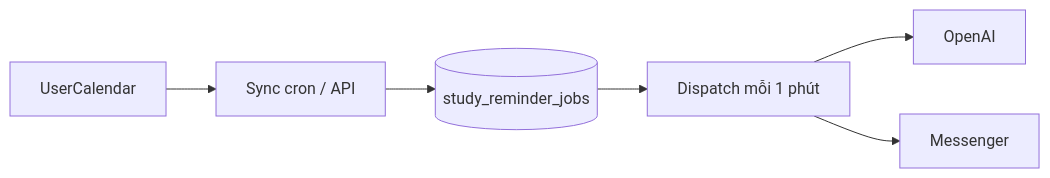
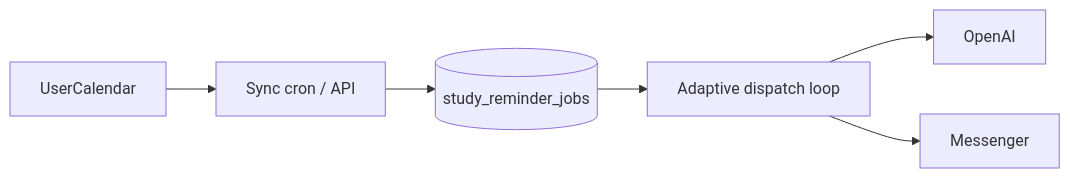
One commit to lengocanh2005it/messenger-ai-for-student changed the fifth of 5 diagrams in docs/study-session-reminder.md. Above: the diagram before and after it, drawn with Mermaid. The commit also changed other lines of this file and 3 other files, not shown here.

First line of the commit message:
docs: mark S2 adaptive study-reminder dispatch poll as done

````diff
--- a/docs/study-session-reminder.md
+++ b/docs/study-session-reminder.md
@@ -531,8 +549,8 @@
 ```mermaid
 flowchart LR
   Lich[UserCalendar] --> Sync[Sync cron / API]
   Sync --> Outbox[(study_reminder_jobs)]
-  Outbox --> Poll[Dispatch mỗi 1 phút]
+  Outbox --> Poll[Adaptive dispatch loop]
   Poll --> LLM[OpenAI]
   Poll --> FB[Messenger]
 ```
````
